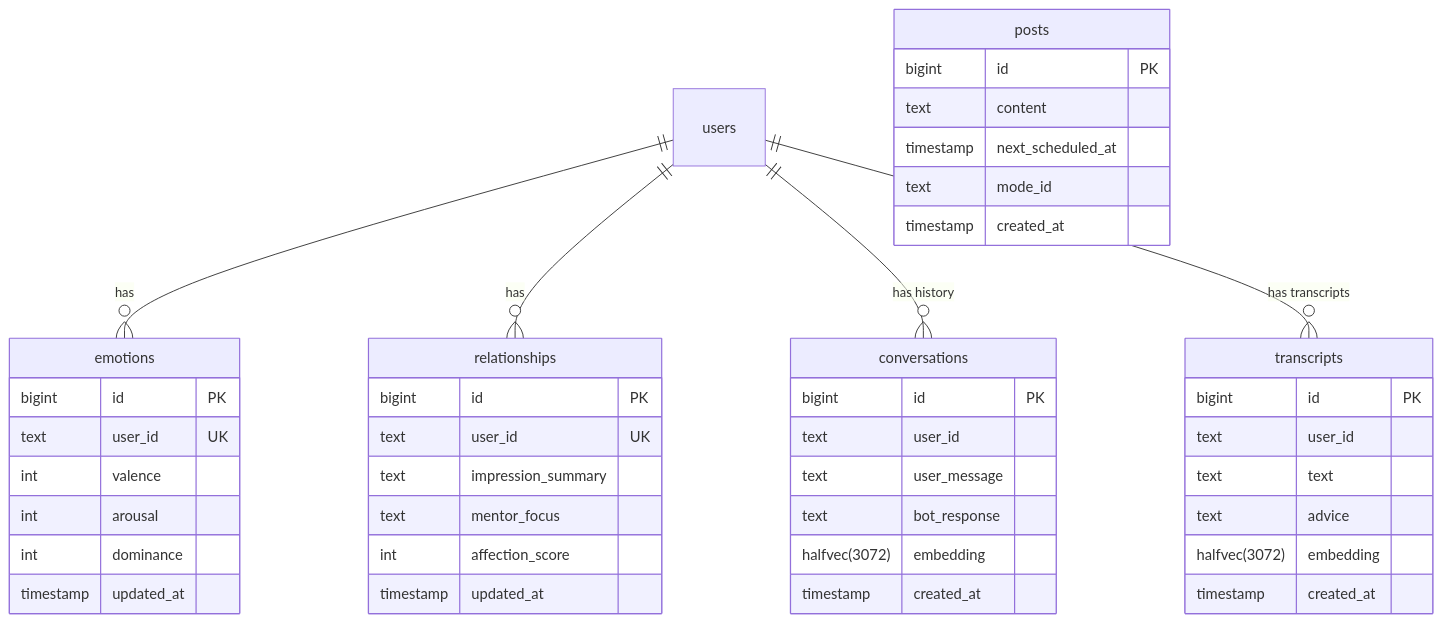
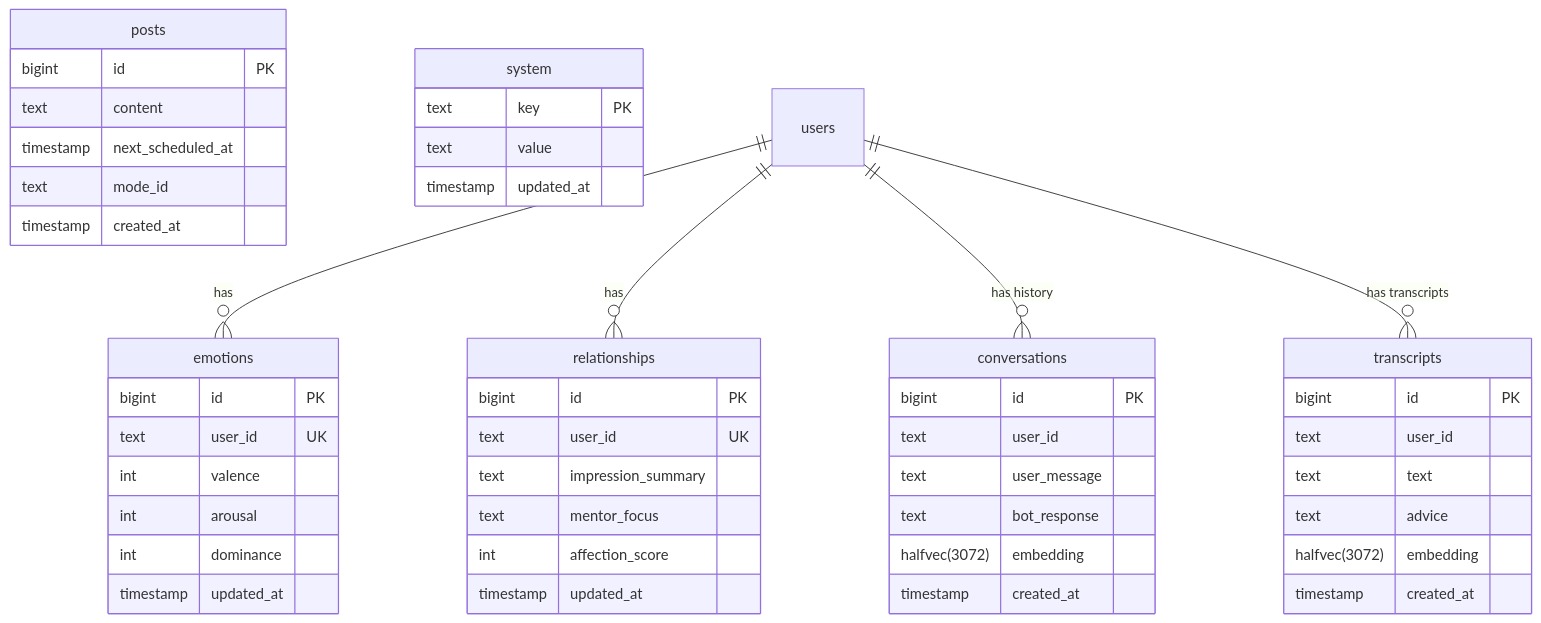
One commit to litoma/aimolt changed the second of 2 diagrams in README.md. Above: the diagram before and after it, drawn with Mermaid. The commit also changed other lines of this file, not shown here.

Commit message:
docs: update README diagram layouts and add system description

````diff
--- a/README.md
+++ b/README.md
@@ -142,52 +142,61 @@
 ```mermaid
 erDiagram
-    users ||--o{ emotions : "has"
-    users ||--o{ relationships : "has"
-    users ||--o{ conversations : "has history"
-    users ||--o{ transcripts : "has transcripts"
+    %% 独立テーブル
+    posts {
+        bigint id PK
+        text content
+        timestamp next_scheduled_at
+        text mode_id
+        timestamp created_at
+    }
 
+    system {
+        text key PK
+        text value
+        timestamp updated_at
+    }
+
+    %% ユーザー関連テーブル
     emotions {
         bigint id PK
         text user_id UK
         int valence
         int arousal
         int dominance
         timestamp updated_at
     }
 
     relationships {
         bigint id PK
         text user_id UK
         text impression_summary
         text mentor_focus
         int affection_score
         timestamp updated_at
     }
 
     conversations {
         bigint id PK
         text user_id
         text user_message
         text bot_response
         halfvec(3072) embedding
         timestamp created_at
     }
 
     transcripts {
         bigint id PK
         text user_id
         text text
         text advice
         halfvec(3072) embedding
         timestamp created_at
     }
 
-    posts {
-        bigint id PK
-        text content
-        timestamp next_scheduled_at
-        text mode_id
-        timestamp created_at
-    }
+    %% リレーションシップ
+    users ||--o{ emotions : "has"
+    users ||--o{ relationships : "has"
+    users ||--o{ conversations : "has history"
+    users ||--o{ transcripts : "has transcripts"
 
 ```
````
